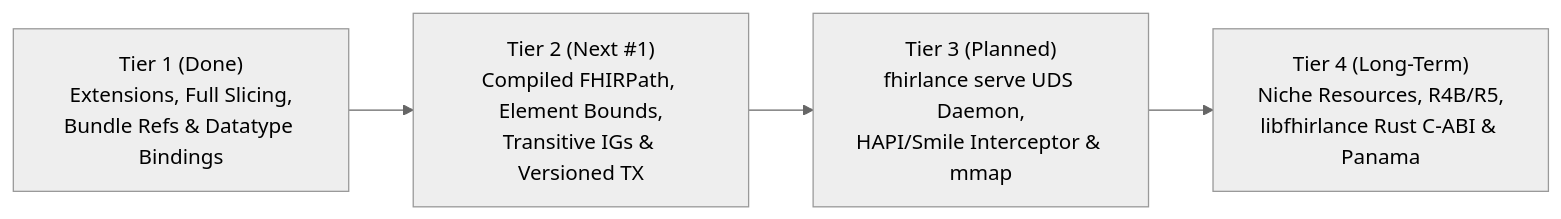
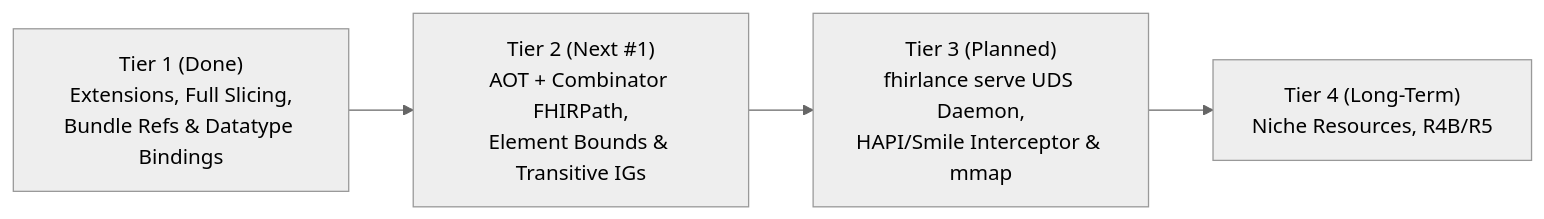
Before and after one commit to damsonaldson/FHIRlance: the diagram in docs/roadmap.md, drawn with Mermaid (neutral theme). The commit also changed other lines of this file and 1 other file, not shown here.

Commit message:
docs(roadmap): adopt Python-first decision and defer native Rust rewrite

````diff
--- a/docs/roadmap.md
+++ b/docs/roadmap.md
@@ -7,6 +8,6 @@
 ```mermaid
 flowchart LR
-    T1["Tier 1 (Done)<br/>Extensions, Full Slicing,<br/>Bundle Refs & Datatype Bindings"] --> T2["Tier 2 (Next #1)<br/>Compiled FHIRPath, Element Bounds,<br/>Transitive IGs & Versioned TX"]
+    T1["Tier 1 (Done)<br/>Extensions, Full Slicing,<br/>Bundle Refs & Datatype Bindings"] --> T2["Tier 2 (Next #1)<br/>AOT + Combinator FHIRPath,<br/>Element Bounds & Transitive IGs"]
     T2 --> T3["Tier 3 (Planned)<br/>fhirlance serve UDS Daemon,<br/>HAPI/Smile Interceptor & mmap"]
-    T3 --> T4["Tier 4 (Long-Term)<br/>Niche Resources, R4B/R5,<br/>libfhirlance Rust C-ABI & Panama"]
+    T3 --> T4["Tier 4 (Long-Term)<br/>Niche Resources, R4B/R5"]
 ```
````
